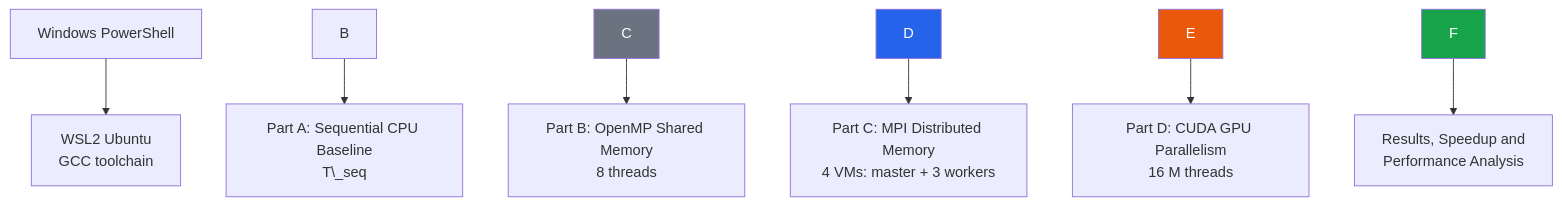
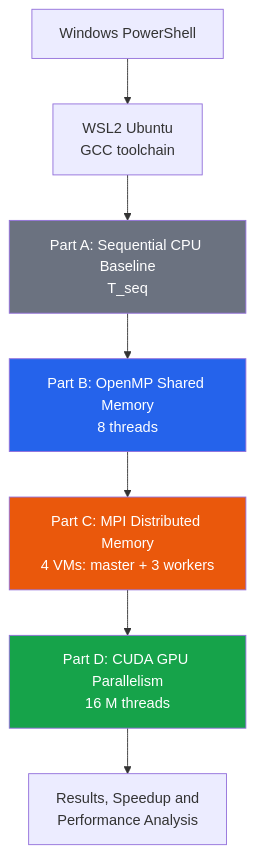
The first of 4 diagrams in Experiment_1/README.md (vaibhavbutul-work/parallel-gpu-and-computing), drawn with Mermaid before and after one commit. The commit also changed other lines of this file, not shown here.

````diff
--- a/Experiment_1/README.md
+++ b/Experiment_1/README.md
@@ -169,13 +168,13 @@
 ```mermaid
 flowchart TD
-    A\[Windows PowerShell] --> B\[WSL2 Ubuntu<br/>GCC toolchain]
-    B --> C\[Part A: Sequential CPU Baseline<br/>T\_seq]
-    C --> D\[Part B: OpenMP Shared Memory<br/>8 threads]
-    D --> E\[Part C: MPI Distributed Memory<br/>4 VMs: master + 3 workers]
-    E --> F\[Part D: CUDA GPU Parallelism<br/>16 M threads]
-    F --> G\[Results, Speedup and<br/>Performance Analysis]
+    A[Windows PowerShell] --> B[WSL2 Ubuntu<br/>GCC toolchain]
+    B --> C[Part A: Sequential CPU Baseline<br/>T_seq]
+    C --> D[Part B: OpenMP Shared Memory<br/>8 threads]
+    D --> E[Part C: MPI Distributed Memory<br/>4 VMs: master + 3 workers]
+    E --> F[Part D: CUDA GPU Parallelism<br/>16 M threads]
+    F --> G[Results, Speedup and<br/>Performance Analysis]
     style C fill:#6B7280,color:#fff
     style D fill:#2563EB,color:#fff
     style E fill:#EA580C,color:#fff
     style F fill:#16A34A,color:#fff
 ```
````
